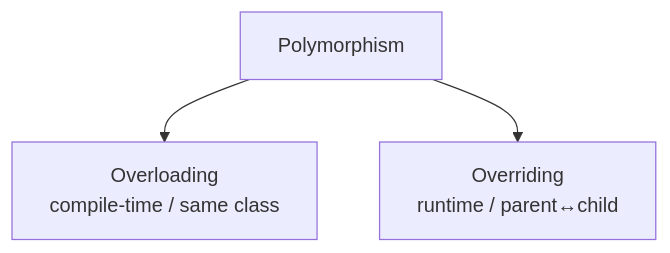
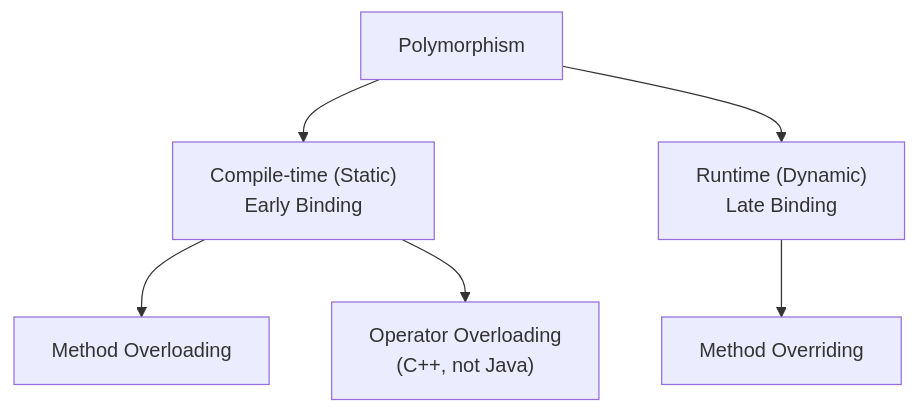
One commit to muhammad-khaled-tech/My-Study-Notes changed the seventh of 10 diagrams in interviews/01-oop.md. Above: the diagram before and after it, drawn with Mermaid. The commit also changed other lines of this file and 1 other file, not shown here.

````diff
--- a/interviews/01-oop.md
+++ b/interviews/01-oop.md
@@ -492,5 +907,8 @@
 ```mermaid
 flowchart TD
-    P["Polymorphism"] --> OL["Overloading<br/>compile-time / same class"]
-    P --> OR["Overriding<br/>runtime / parent↔child"]
+    P["Polymorphism"] --> C["Compile-time (Static)<br/>Early Binding"]
+    P --> R["Runtime (Dynamic)<br/>Late Binding"]
+    C --> OL["Method Overloading"]
+    C --> OP["Operator Overloading<br/>(C++, not Java)"]
+    R --> OR["Method Overriding"]
 ```
````
